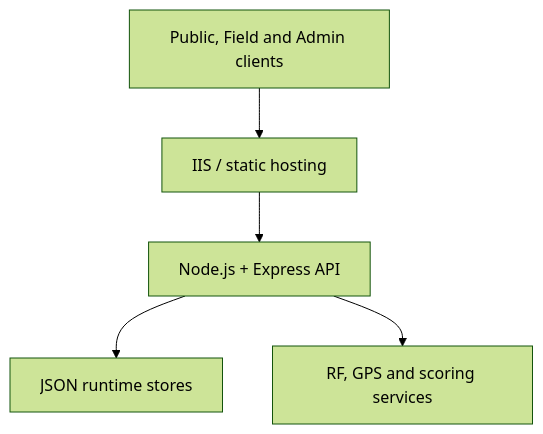
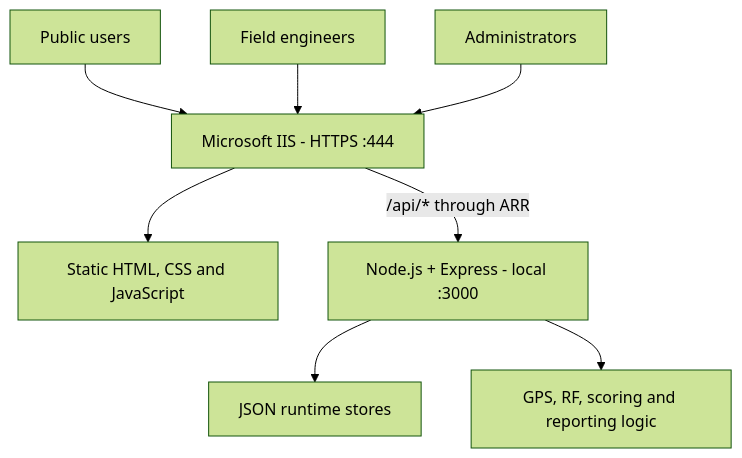
The diagram in README.md (yo-fola/mbi-signal-logger), drawn with Mermaid (forest theme) before and after one commit. The commit also changed other lines of this file, not shown here.

````diff
--- a/README.md
+++ b/README.md
@@ -30,7 +67,10 @@
 ```mermaid
 flowchart TD
-    A["Public, Field and Admin clients"] --> B["IIS / static hosting"]
-    B --> C["Node.js + Express API"]
-    C --> D["JSON runtime stores"]
-    C --> E["RF, GPS and scoring services"]
+    U["Public users"] --> IIS["Microsoft IIS - HTTPS :444"]
+    F["Field engineers"] --> IIS
+    A["Administrators"] --> IIS
+    IIS --> S["Static HTML, CSS and JavaScript"]
+    IIS -->|"/api/* through ARR"| N["Node.js + Express - local :3000"]
+    N --> J["JSON runtime stores"]
+    N --> R["GPS, RF, scoring and reporting logic"]
 ```
````
